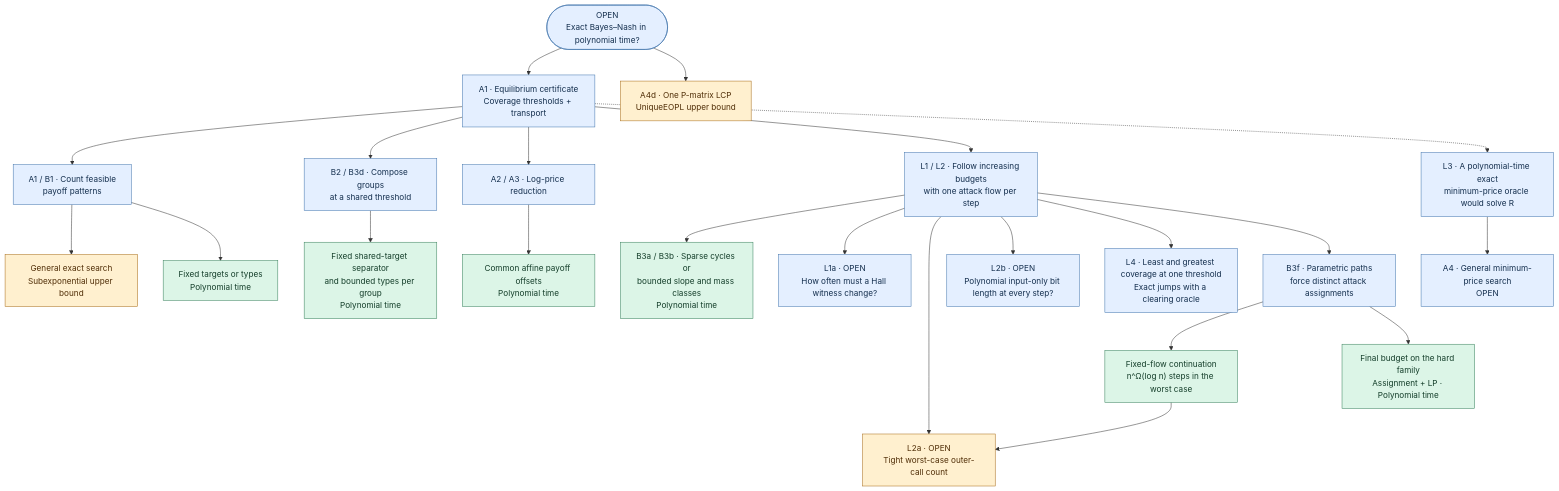
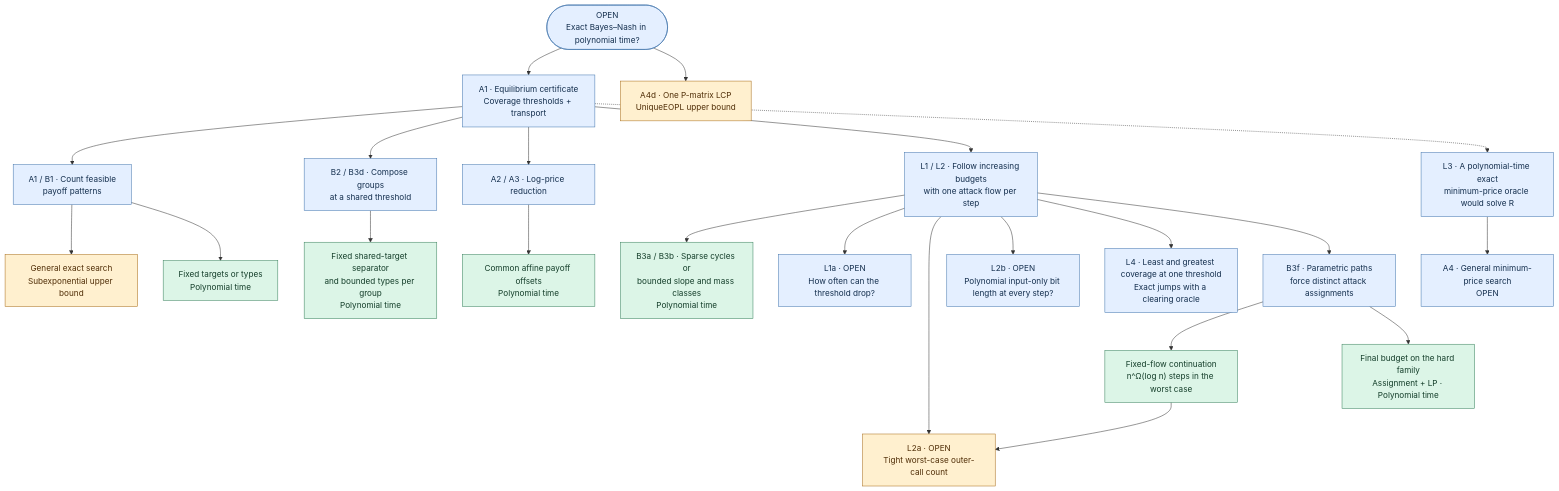
One commit to robbiemu/bayesian-simple-security-games changed the first of 2 diagrams in PROOF-MAP.md. Above: the diagram before and after it, drawn with Mermaid. The commit also changed other lines of this file and 20 other files, not shown here.

Commit message:
Separate threshold drops from Hall-witness changes and replay the B3e example

````diff
--- a/PROOF-MAP.md
+++ b/PROOF-MAP.md
@@ -9,38 +9,38 @@
 ```mermaid
 flowchart TB
     R(["OPEN<br/>Exact Bayes–Nash in polynomial time?"])
     A["A1 · Equilibrium certificate<br/>Coverage thresholds + transport"]
 
     R --> A
     R --> PL["A4d · One P-matrix LCP<br/>UniqueEOPL upper bound"]
     A --> P["A1 / B1 · Count feasible<br/>payoff patterns"]
     P --> U["General exact search<br/>Subexponential upper bound"]
     P --> F["Fixed targets or types<br/>Polynomial time"]
 
     A --> S["B2 / B3d · Compose groups<br/>at a shared threshold"]
     S --> SP["Fixed shared-target separator<br/>and bounded types per group<br/>Polynomial time"]
     A --> L["A2 / A3 · Log-price reduction"]
     L --> LP["Common affine payoff offsets<br/>Polynomial time"]
 
     A --> C["L1 / L2 · Follow increasing budgets<br/>with one attack flow per step"]
     C --> CP["B3a / B3b · Sparse cycles or<br/>bounded slope and mass classes<br/>Polynomial time"]
-    C --> HW["L1a · OPEN<br/>How often must a Hall witness change?"]
+    C --> HW["L1a · OPEN<br/>How often can the threshold drop?"]
     C --> W["L2a · OPEN<br/>Tight worst-case outer-call count"]
     C --> BL["L2b · OPEN<br/>Polynomial input-only bit length at every step?"]
     C --> J["L4 · Least and greatest coverage at one threshold<br/>Exact jumps with a clearing oracle"]
     C --> B["B3f · Parametric paths<br/>force distinct attack assignments"]
     B --> N["Fixed-flow continuation<br/>n^Ω(log n) steps in the worst case"]
     N --> W
     B --> E["Final budget on the hard family<br/>Assignment + LP · Polynomial time"]
 
     A -.-> O["L3 · A polynomial-time exact<br/>minimum-price oracle would solve R"]
     O --> AS["A4 · General minimum-price search<br/>OPEN"]
 
     classDef proof fill:#e4efff,stroke:#4275ad,color:#142f4e
     classDef settled fill:#dcf5e7,stroke:#38805c,color:#143e2a
     classDef cap fill:#fff0cf,stroke:#a86c18,color:#502e07
 
     class R,A,P,S,L,C,J,B,O,AS,HW,BL proof
     class F,SP,LP,CP,N,E settled
     class U,W,PL cap
 ```
````
